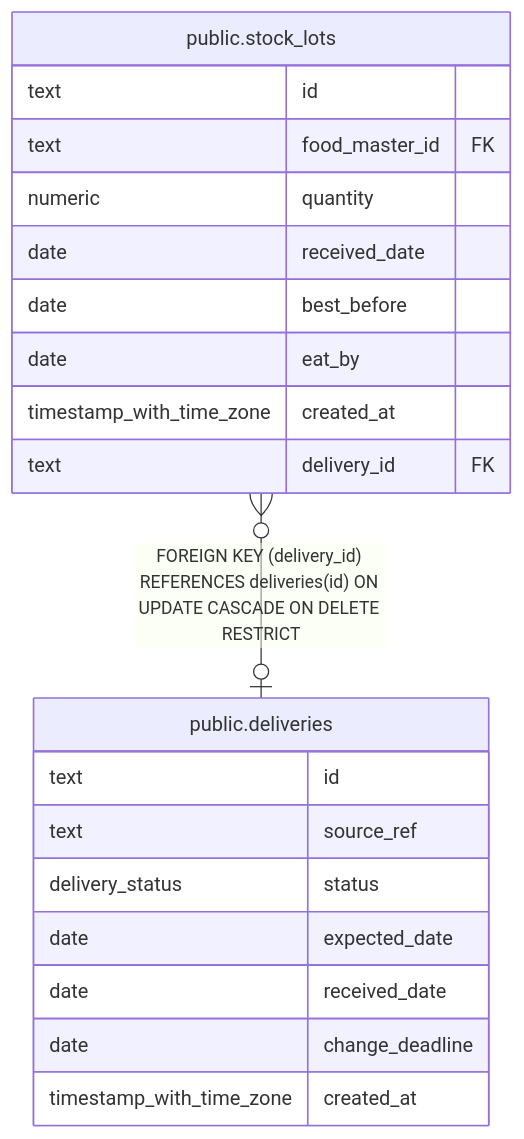
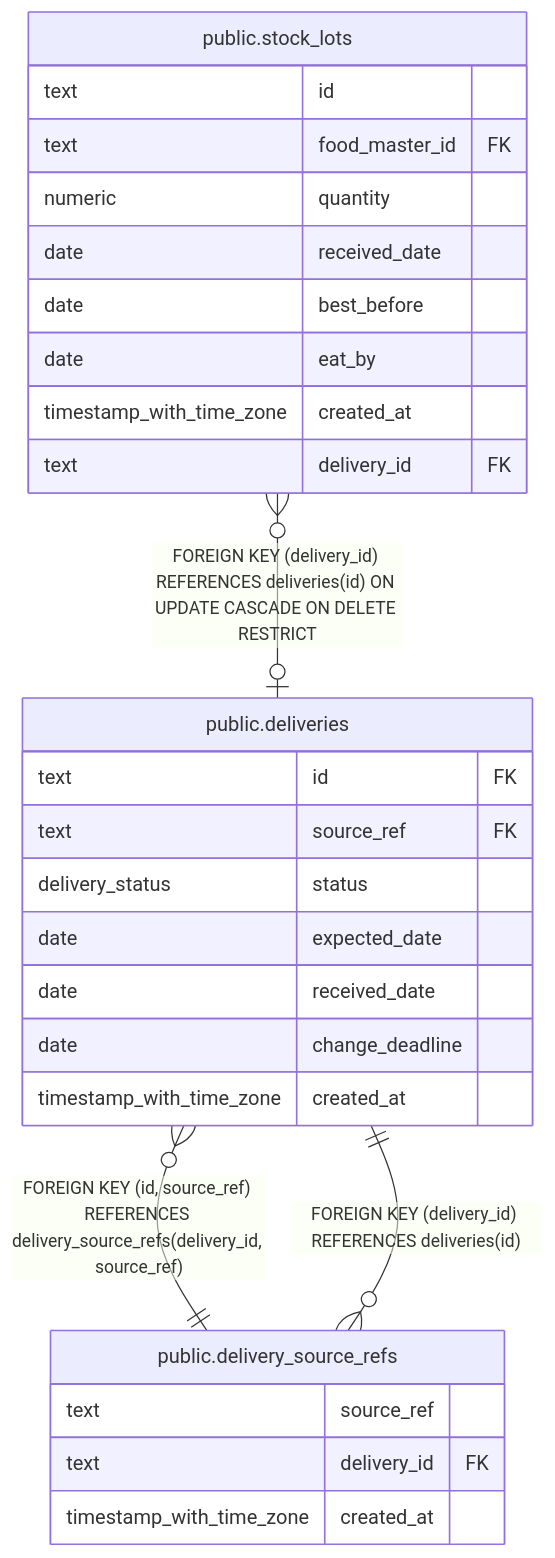
Before and after one commit to fohte/meshi: the diagram in server/docs/db/public.deliveries.md, drawn with Mermaid. The commit also changed other lines of this file and 30 other files, not shown here.

First line of the commit message:
stock: correct delivery source references safely

````diff
--- a/server/docs/db/public.deliveries.md
+++ b/server/docs/db/public.deliveries.md
@@ -41,25 +42,32 @@
 ```mermaid
 erDiagram
 
+"public.deliveries" }o--|| "public.delivery_source_refs" : "FOREIGN KEY (id, source_ref) REFERENCES delivery_source_refs(delivery_id, source_ref)"
 "public.stock_lots" }o--o| "public.deliveries" : "FOREIGN KEY (delivery_id) REFERENCES deliveries(id) ON UPDATE CASCADE ON DELETE RESTRICT"
+"public.delivery_source_refs" }o--|| "public.deliveries" : "FOREIGN KEY (delivery_id) REFERENCES deliveries(id)"
 
 "public.deliveries" {
-  text id
-  text source_ref
+  text id FK
+  text source_ref FK
   delivery_status status
   date expected_date
   date received_date
   date change_deadline
+  timestamp_with_time_zone created_at
+}
+"public.delivery_source_refs" {
+  text source_ref
+  text delivery_id FK
   timestamp_with_time_zone created_at
 }
 "public.stock_lots" {
   text id
   text food_master_id FK
   numeric quantity
   date received_date
   date best_before
   date eat_by
   timestamp_with_time_zone created_at
   text delivery_id FK
 }
 ```
````
